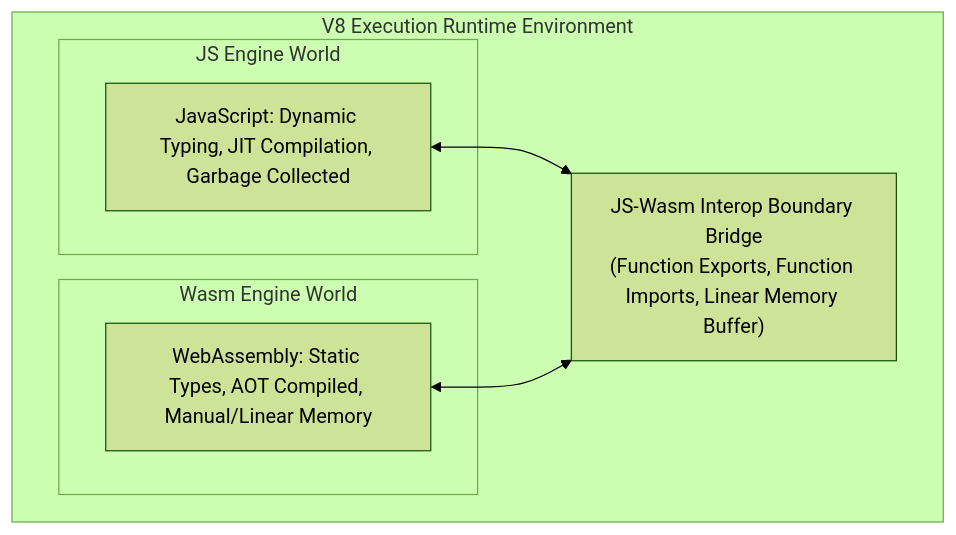
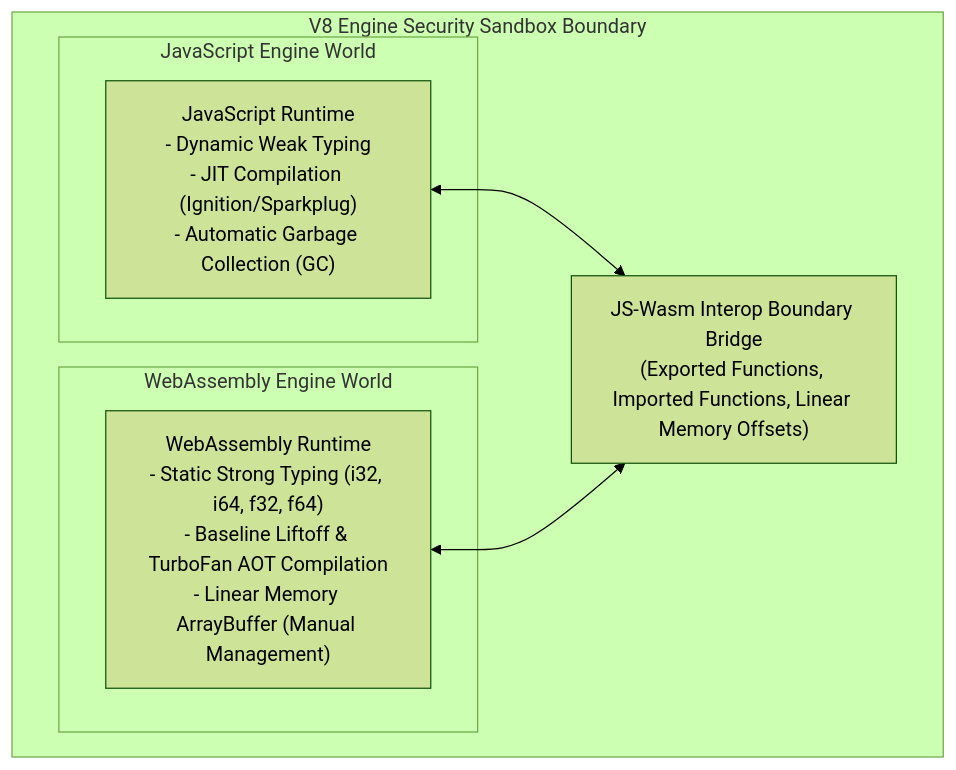
Before and after one commit to Amie-dev/engineering-playbook: the first of 3 diagrams in js-internals/17-wasm-interop.md, drawn with Mermaid (forest theme). The commit also changed other lines of this file and 17 other files, not shown here.

First line of the commit message:
Refactor modules on Shared Memory, WebAssembly Interop, and Performance Profiling

````diff
--- a/js-internals/17-wasm-interop.md
+++ b/js-internals/17-wasm-interop.md
@@ -10,17 +15,17 @@
 ```mermaid
-graph TD
-    subgraph V8 Execution Runtime Environment
-        subgraph JS Engine World
-            JS[JavaScript: Dynamic Typing, JIT Compilation, Garbage Collected]
-        end
-        
-        subgraph Wasm Engine World
-            Wasm[WebAssembly: Static Types, AOT Compiled, Manual/Linear Memory]
+flowchart TD
+    subgraph V8 Engine Security Sandbox Boundary
+        subgraph JavaScript Engine World
+            JS["JavaScript Runtime<br/>- Dynamic Weak Typing<br/>- JIT Compilation (Ignition/Sparkplug)<br/>- Automatic Garbage Collection (GC)"]
         end
 
-        Bridge["JS-Wasm Interop Boundary Bridge<br/>(Function Exports, Function Imports, Linear Memory Buffer)"]
+        subgraph WebAssembly Engine World
+            Wasm["WebAssembly Runtime<br/>- Static Strong Typing (i32, i64, f32, f64)<br/>- Baseline Liftoff & TurboFan AOT Compilation<br/>- Linear Memory ArrayBuffer (Manual Management)"]
+        end
+
+        Bridge["JS-Wasm Interop Boundary Bridge<br/>(Exported Functions, Imported Functions, Linear Memory Offsets)"]
     end
-    
+
     JS <--> Bridge
     Wasm <--> Bridge
 ```
````
